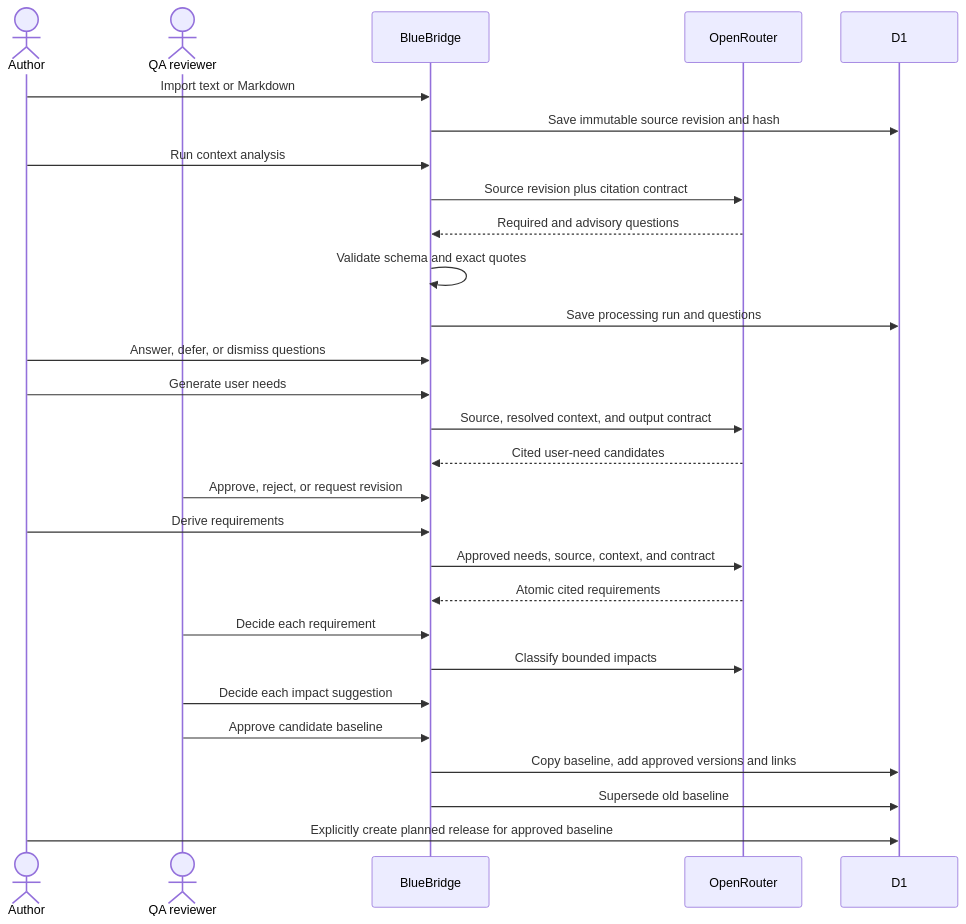
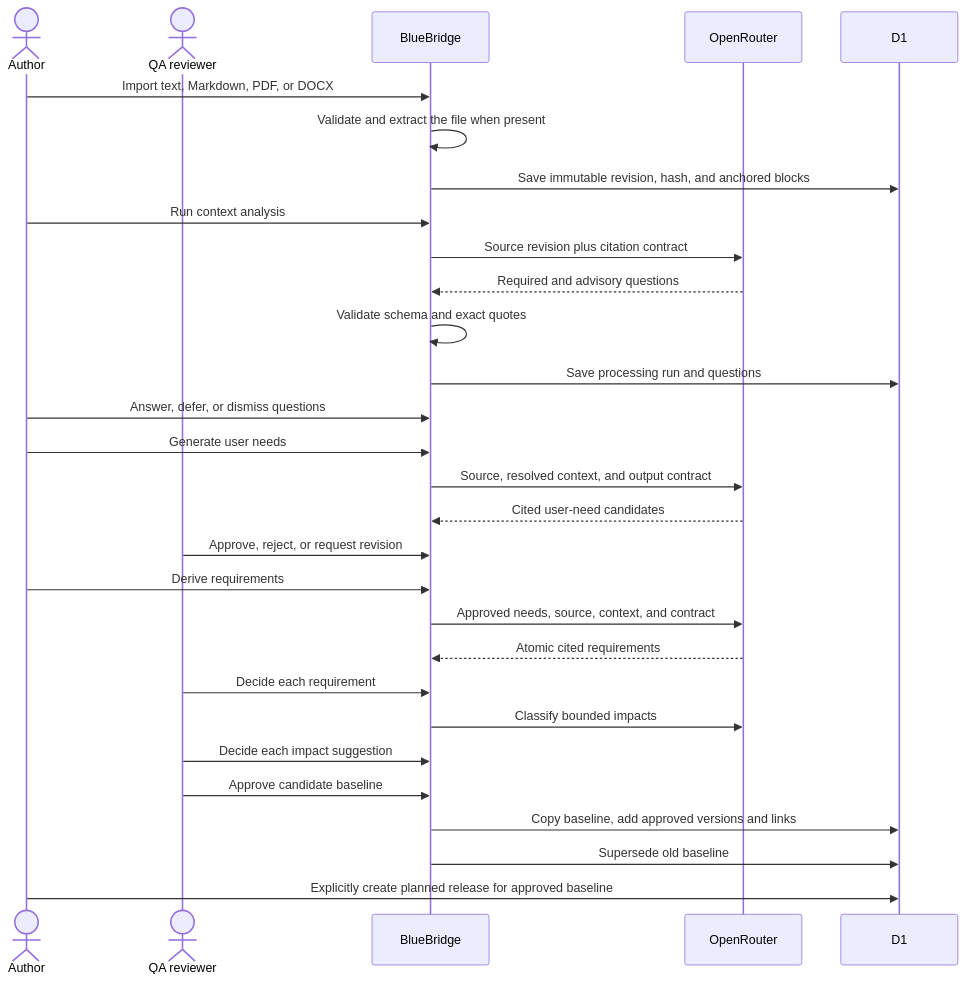
Before and after one commit to caffreit/rhythmreview-evidence-workspace: the third of 5 diagrams in docs/system-architecture.md, drawn with Mermaid. The commit also changed other lines of this file and 65 other files, not shown here.

````diff
--- a/docs/system-architecture.md
+++ b/docs/system-architecture.md
@@ -103,31 +114,32 @@
 ```mermaid
 sequenceDiagram
     actor A as Author
     actor Q as QA reviewer
     participant B as BlueBridge
     participant M as OpenRouter
     participant D as D1
 
-    A->>B: Import text or Markdown
-    B->>D: Save immutable source revision and hash
+    A->>B: Import text, Markdown, PDF, or DOCX
+    B->>B: Validate and extract the file when present
+    B->>D: Save immutable revision, hash, and anchored blocks
     A->>B: Run context analysis
     B->>M: Source revision plus citation contract
     M-->>B: Required and advisory questions
     B->>B: Validate schema and exact quotes
     B->>D: Save processing run and questions
     A->>B: Answer, defer, or dismiss questions
     A->>B: Generate user needs
     B->>M: Source, resolved context, and output contract
     M-->>B: Cited user-need candidates
     Q->>B: Approve, reject, or request revision
     A->>B: Derive requirements
     B->>M: Approved needs, source, context, and contract
     M-->>B: Atomic cited requirements
     Q->>B: Decide each requirement
     B->>M: Classify bounded impacts
     Q->>B: Decide each impact suggestion
     Q->>B: Approve candidate baseline
     B->>D: Copy baseline, add approved versions and links
     B->>D: Supersede old baseline
     A->>D: Explicitly create planned release for approved baseline
 ```
````
